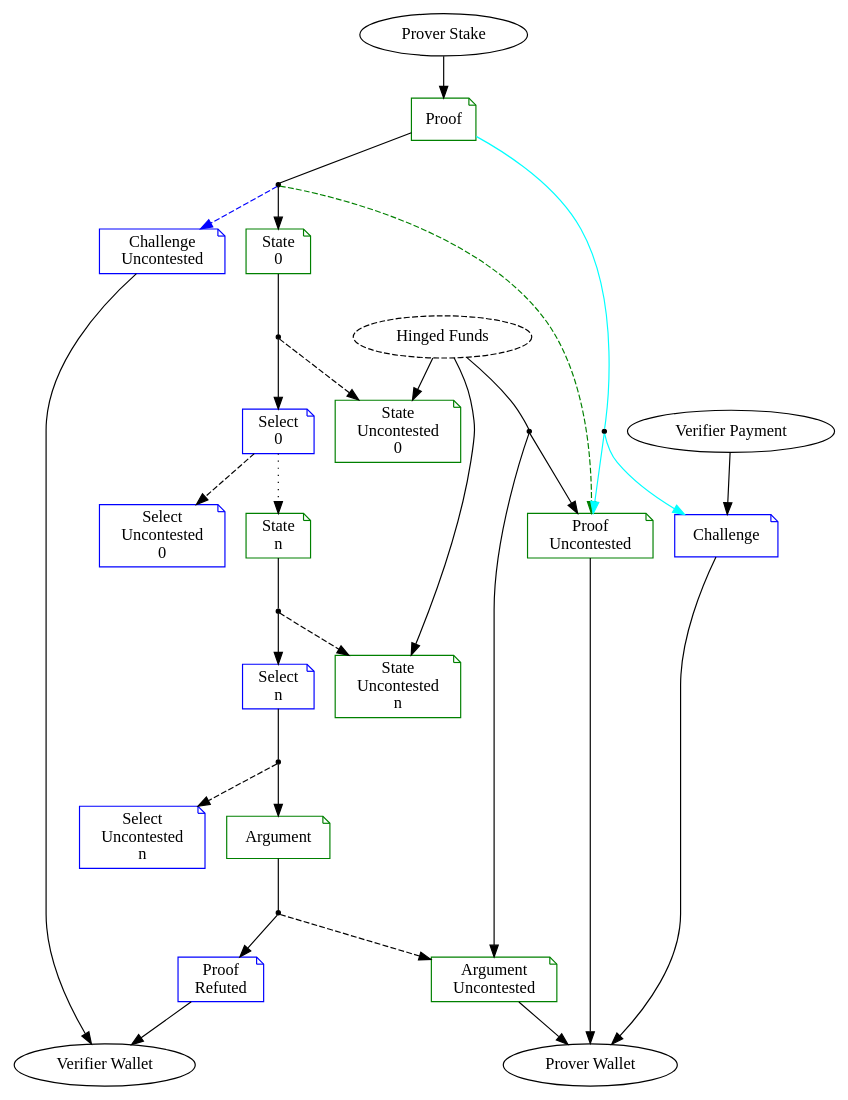
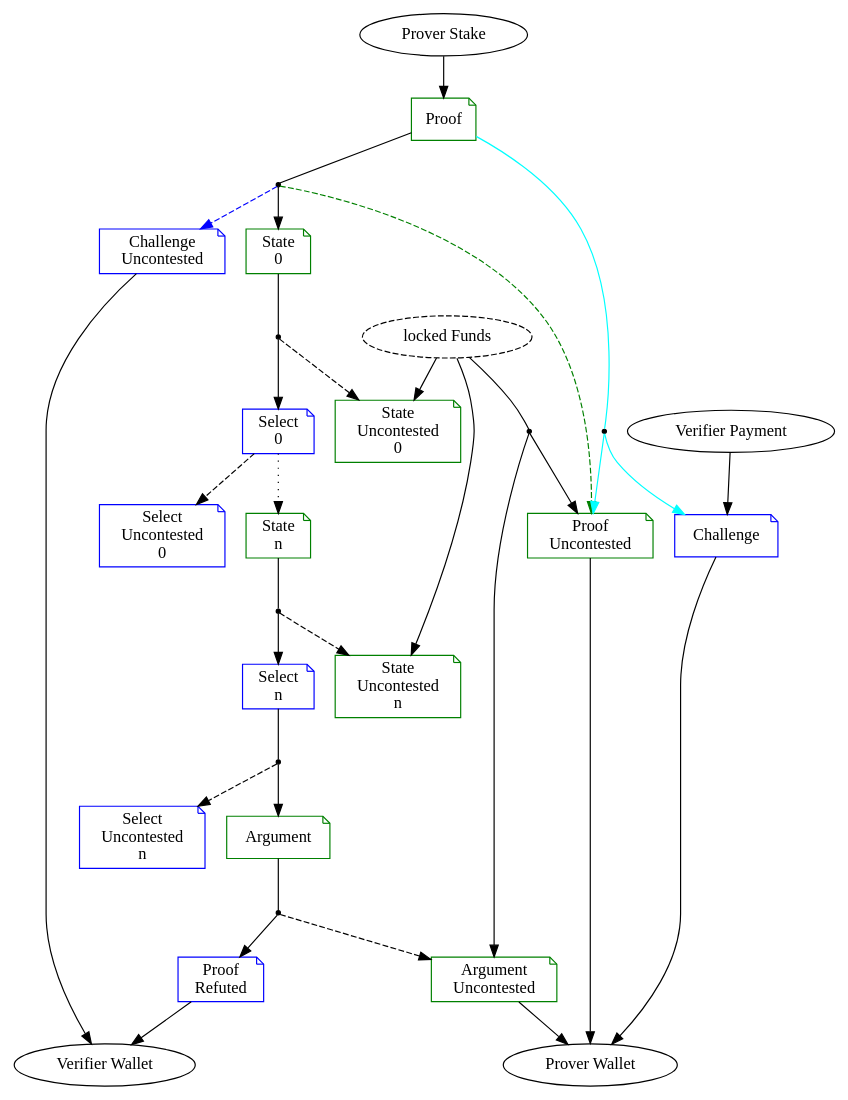
The diagram in analysis/transactions-flow.dot (bitsnark/bitsnark-lib), drawn with Graphviz before and after one commit. The commit also changed 2 other files, not shown here.

```diff
--- a/analysis/transactions-flow.dot
+++ b/analysis/transactions-flow.dot
@@ -1,62 +1,62 @@
 digraph BitSnark {
     /* Styling. */
     {node [shape=oval]
         prover_stake [label="Prover Stake"]
         verifier_payment [label="Verifier Payment"]
         prover_wallet [label="Prover Wallet"]
         verifier_wallet [label="Verifier Wallet"]
-        hinged_funds [label="Hinged Funds";style=dashed]
+        locked_funds [label="locked Funds";style=dashed]
     }
     {node [shape=note; color=green]
         proof [label="Proof"]
         proof_uncontested [label="Proof\nUncontested"]
         argument_uncontested [label="Argument\nUncontested"]
         state_0 [label="State\n0"]
         state_n [label="State\nn"]
         state_uncontested_0 [label="State\nUncontested\n0"]
         state_uncontested_n [label="State\nUncontested\nn"]
         argument [label="Argument"]
     }
     {node [shape=note;color=blue]
         challenge [label="Challenge"]
         challenge_uncontested [label="Challenge\nUncontested"]
         select_0 [label="Select\n0"]
         select_n [label="Select\nn"]
         select_uncontested_0 [label="Select\nUncontested\n0"]
         select_uncontested_n [label="Select\nUncontested\nn"]
         proof_refuted [label="Proof\nRefuted"]
     }
     {node [shape=point] o0 o1 o2 o3 o4 o5 o6}
 
     /* Main Flow. */
     o0 -> {proof_uncontested; argument_uncontested} -> prover_wallet
     prover_stake -> proof
     proof -> o1 [arrowhead=none]
     proof -> o2 [arrowhead=none; color=cyan]
     o2 -> {proof_uncontested; challenge} [color=cyan]
     o1 -> proof_uncontested [style=dashed; color=green]
     verifier_payment -> challenge -> prover_wallet
     o1 -> challenge_uncontested [style=dashed; color=blue; weight=2]
     challenge_uncontested -> verifier_wallet
 
     /* Contention Bisection. */
     o1 -> state_0 [weight=5]
     state_0 -> o3 [arrowhead=none; weight=2]
     o3 -> select_0 [weight=5]
     o3 -> state_uncontested_0 [style=dashed;weight=2]
     select_0 -> select_uncontested_0 [style=dashed]
     select_0 -> state_n [style=dotted; weight=3]
     state_n -> o4 [arrowhead=none; weight=3]
     o4 -> select_n [weight=5]
     o4 -> state_uncontested_n [style=dashed]
     select_n -> o5 [arrowhead=none; weight=3]
     o5 -> argument [weight=5]
     o5 -> select_uncontested_n [style=dashed]
 
     /* Contention Resolution. */
-    hinged_funds -> o0 [arrowhead=none]
-    hinged_funds -> {state_uncontested_0 state_uncontested_n} [weight=0]
+    locked_funds -> o0 [arrowhead=none]
+    locked_funds -> {state_uncontested_0 state_uncontested_n} [weight=0]
     argument -> o6  [arrowhead=none]
     o6 -> argument_uncontested [style=dashed]
     o6 -> proof_refuted-> verifier_wallet
 }
```
